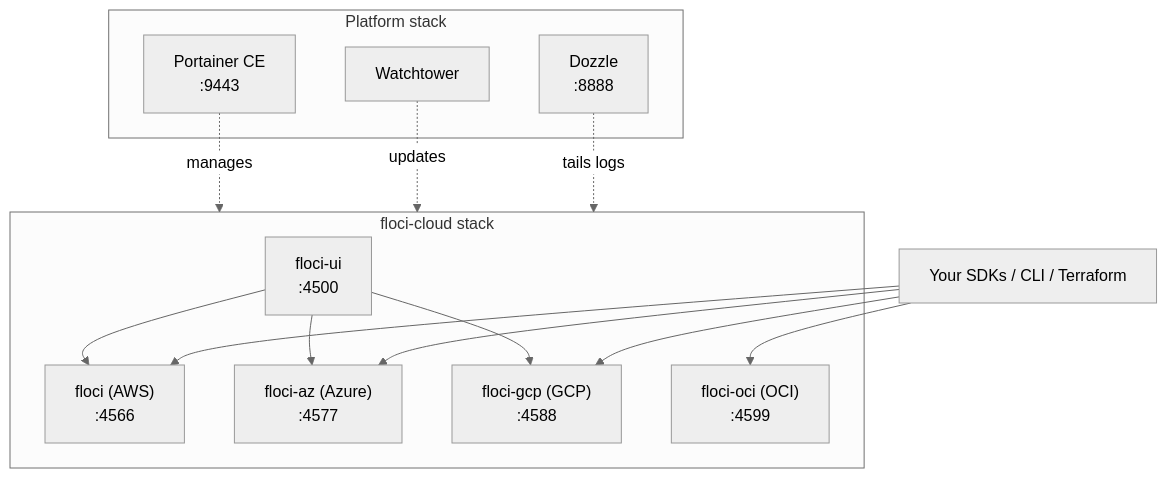
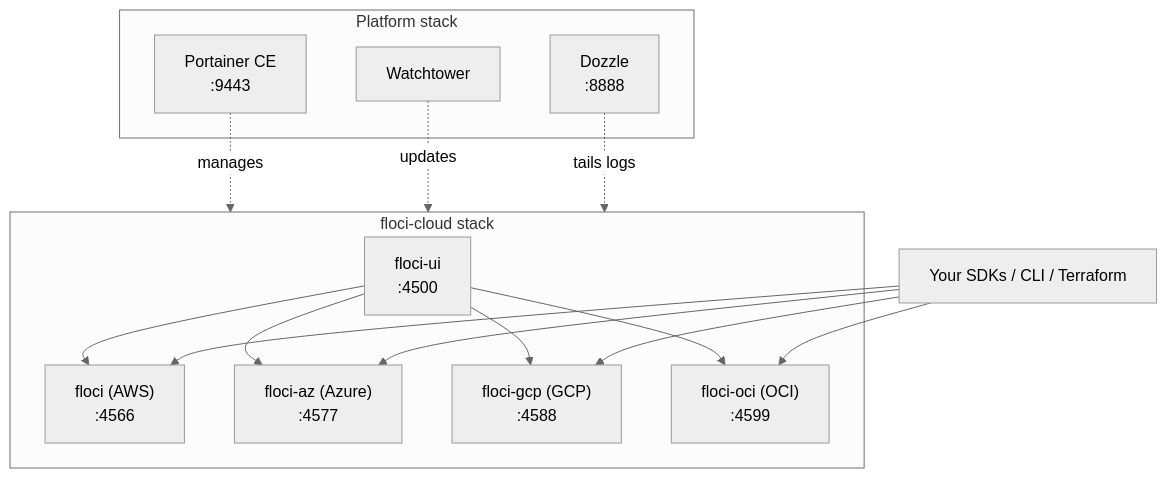
The diagram in README.md (glensouza/flocilab), drawn with Mermaid (neutral theme) before and after one commit. The commit also changed other lines of this file and 2 other files, not shown here.

First line of the commit message:
fix(ui): console covers OCI as of floci-ui 0.6.0; AppHost wires floci-oci into it

````diff
--- a/README.md
+++ b/README.md
@@ -46,22 +46,23 @@
 ```mermaid
 flowchart TB
     subgraph platform["Platform stack"]
         P["Portainer CE<br/>:9443"]
         W["Watchtower"]
         D["Dozzle<br/>:8888"]
     end
     subgraph cloud["floci-cloud stack"]
         UI["floci-ui<br/>:4500"]
         AWS["floci (AWS)<br/>:4566"]
         AZ["floci-az (Azure)<br/>:4577"]
         GCP["floci-gcp (GCP)<br/>:4588"]
         OCI["floci-oci (OCI)<br/>:4599"]
     end
     UI --> AWS
     UI --> AZ
     UI --> GCP
+    UI --> OCI
     SDK["Your SDKs / CLI / Terraform"] --> AWS & AZ & GCP & OCI
     P -.manages.-> cloud
     W -.updates.-> cloud
     D -.tails logs.-> cloud
 ```
````
